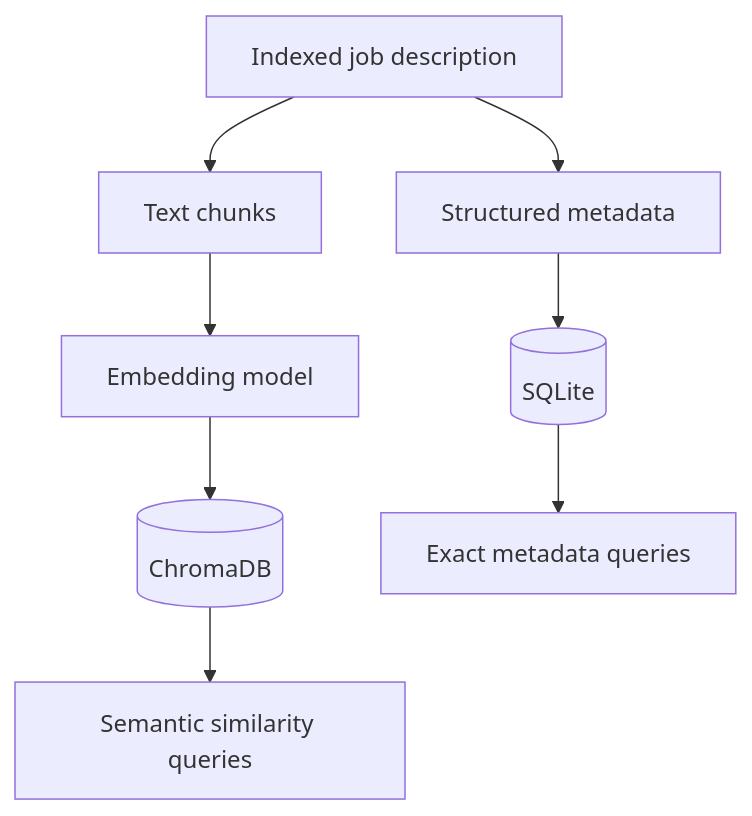
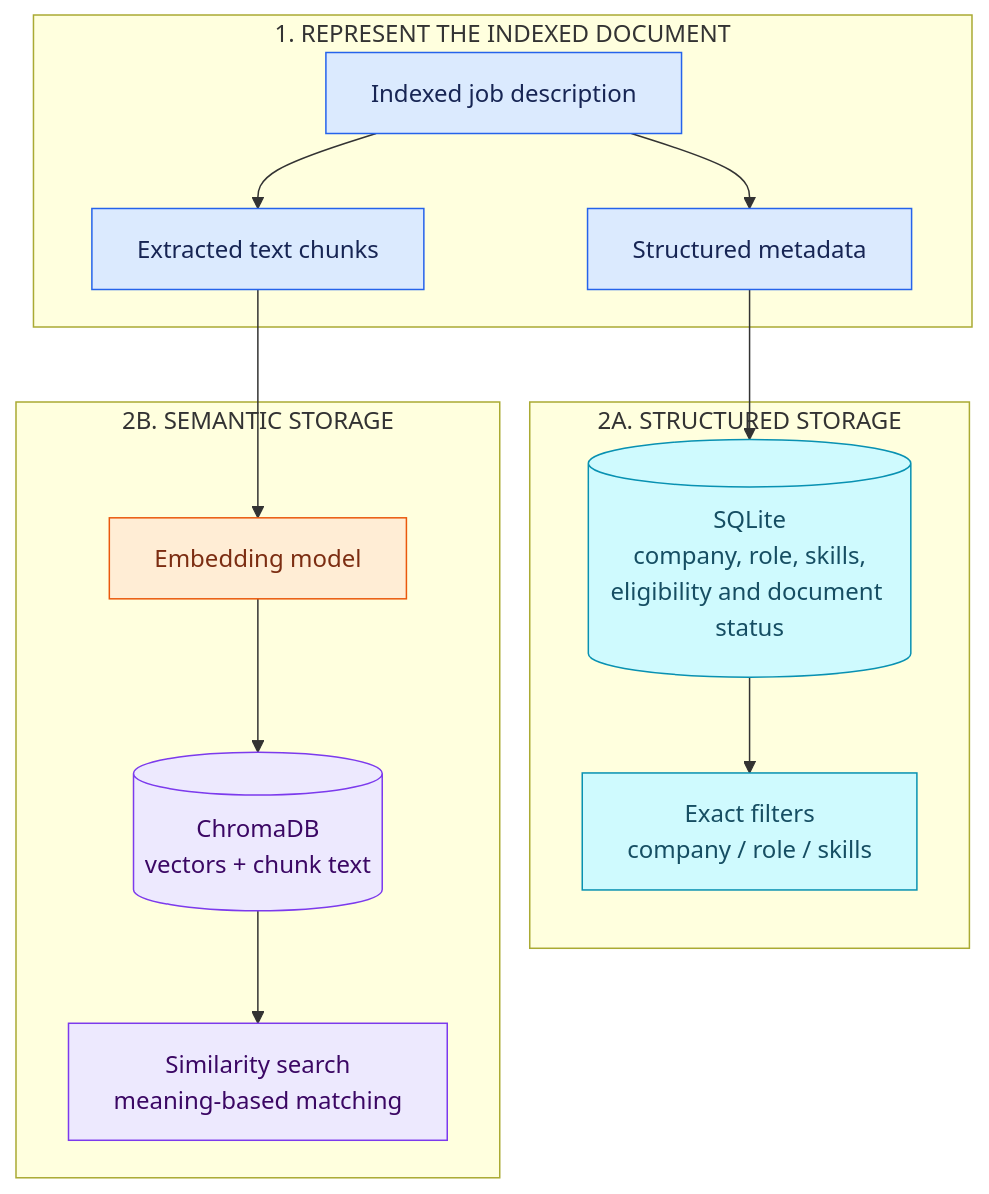
Before and after one commit to pratik-0302/job_description_agent: the tenth of 15 diagrams in README.md, drawn with Mermaid. The commit also changed other lines of this file, not shown here.

Commit message:
docs: standardize README diagrams with staged architecture flows

````diff
--- a/README.md
+++ b/README.md
@@ -686,10 +818,27 @@
 ```mermaid
 flowchart TB
-    DOC["Indexed job description"] --> META["Structured metadata"]
-    DOC --> TEXT["Text chunks"]
-    META --> SQL[("SQLite")]
-    TEXT --> EMBED["Embedding model"]
-    EMBED --> VDB[("ChromaDB")]
-    SQL --> Q1["Exact metadata queries"]
-    VDB --> Q2["Semantic similarity queries"]
+    subgraph PREPARE["1. REPRESENT THE INDEXED DOCUMENT"]
+        DOC["Indexed job description"] --> META["Structured metadata"]
+        DOC --> TEXT["Extracted text chunks"]
+    end
+
+    subgraph STRUCTURED["2A. STRUCTURED STORAGE"]
+        META --> SQL[("SQLite<br/>company, role, skills,<br/>eligibility and document status")]
+        SQL --> FILTER["Exact filters<br/>company / role / skills"]
+    end
+
+    subgraph SEMANTIC["2B. SEMANTIC STORAGE"]
+        TEXT --> EMBED["Embedding model"]
+        EMBED --> VDB[("ChromaDB<br/>vectors + chunk text")]
+        VDB --> SIMILAR["Similarity search<br/>meaning-based matching"]
+    end
+
+    classDef input fill:#dbeafe,stroke:#2563eb,color:#172554
+    classDef process fill:#ffedd5,stroke:#ea580c,color:#7c2d12
+    classDef structured fill:#cffafe,stroke:#0891b2,color:#164e63
+    classDef semantic fill:#ede9fe,stroke:#7c3aed,color:#3b0764
+    class DOC,META,TEXT input
+    class EMBED process
+    class SQL,FILTER structured
+    class VDB,SIMILAR semantic
 ```
````
